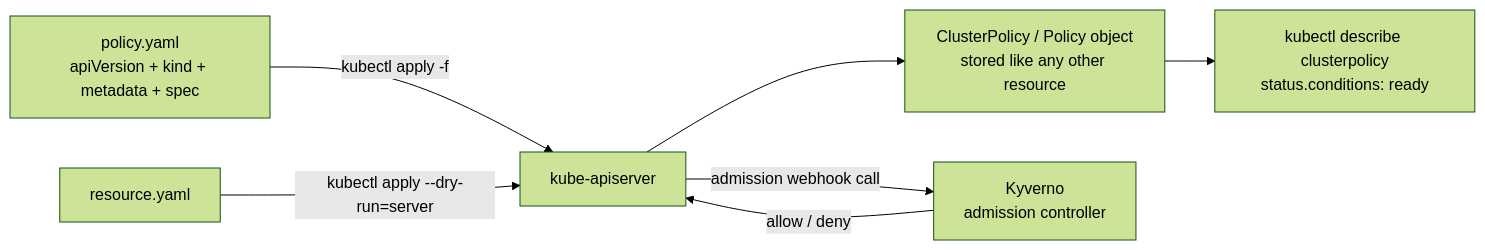
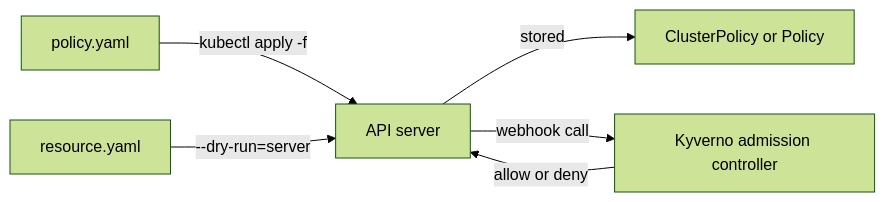
One commit to astrona-io/ATS007 changed the diagram in sections/section-020/module-01/course.md. Above: the diagram before and after it, drawn with Mermaid (forest theme). The commit also changed other lines of this file and 150 other files, not shown here.

````diff
--- a/sections/section-020/module-01/course.md
+++ b/sections/section-020/module-01/course.md
@@ -12,9 +7,8 @@
 ```mermaid
 flowchart LR
-    A["policy.yaml<br/>apiVersion + kind + metadata + spec"] -->|kubectl apply -f| B["kube-apiserver"]
-    B --> C["ClusterPolicy / Policy object<br/>stored like any other resource"]
-    C --> D["kubectl describe clusterpolicy<br/>status.conditions: ready"]
-    E["resource.yaml"] -->|kubectl apply --dry-run=server| B
-    B -->|admission webhook call| F["Kyverno<br/>admission controller"]
-    F -->|allow / deny| B
+    F["policy.yaml"] -->|"kubectl apply -f"| A["API server"]
+    A -->|"stored"| P["ClusterPolicy or Policy"]
+    R["resource.yaml"] -->|"--dry-run=server"| A
+    A -->|"webhook call"| K["Kyverno admission controller"]
+    K -->|"allow or deny"| A
 ```
````
